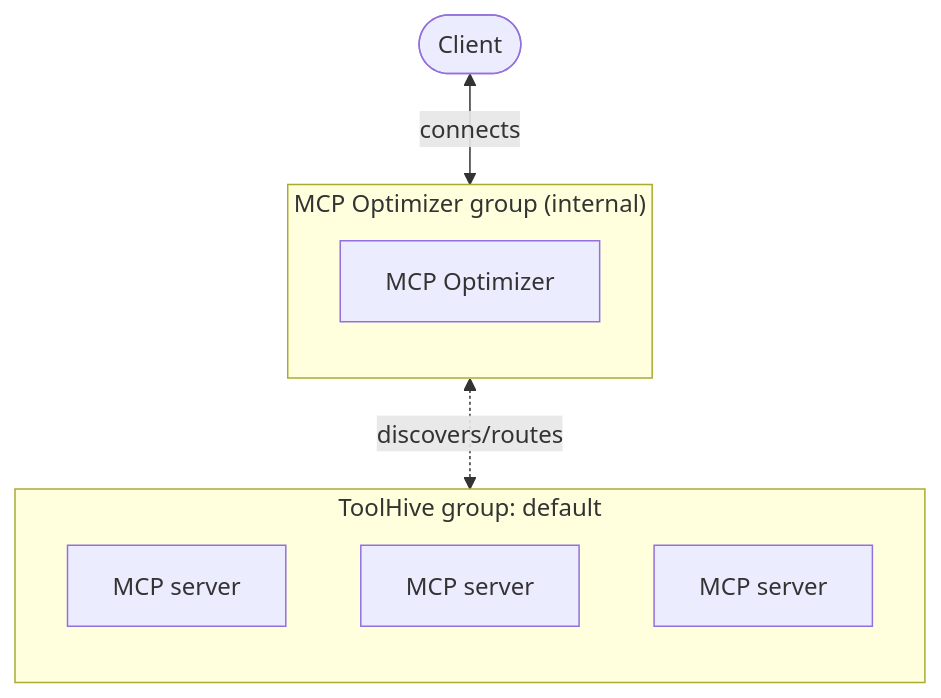
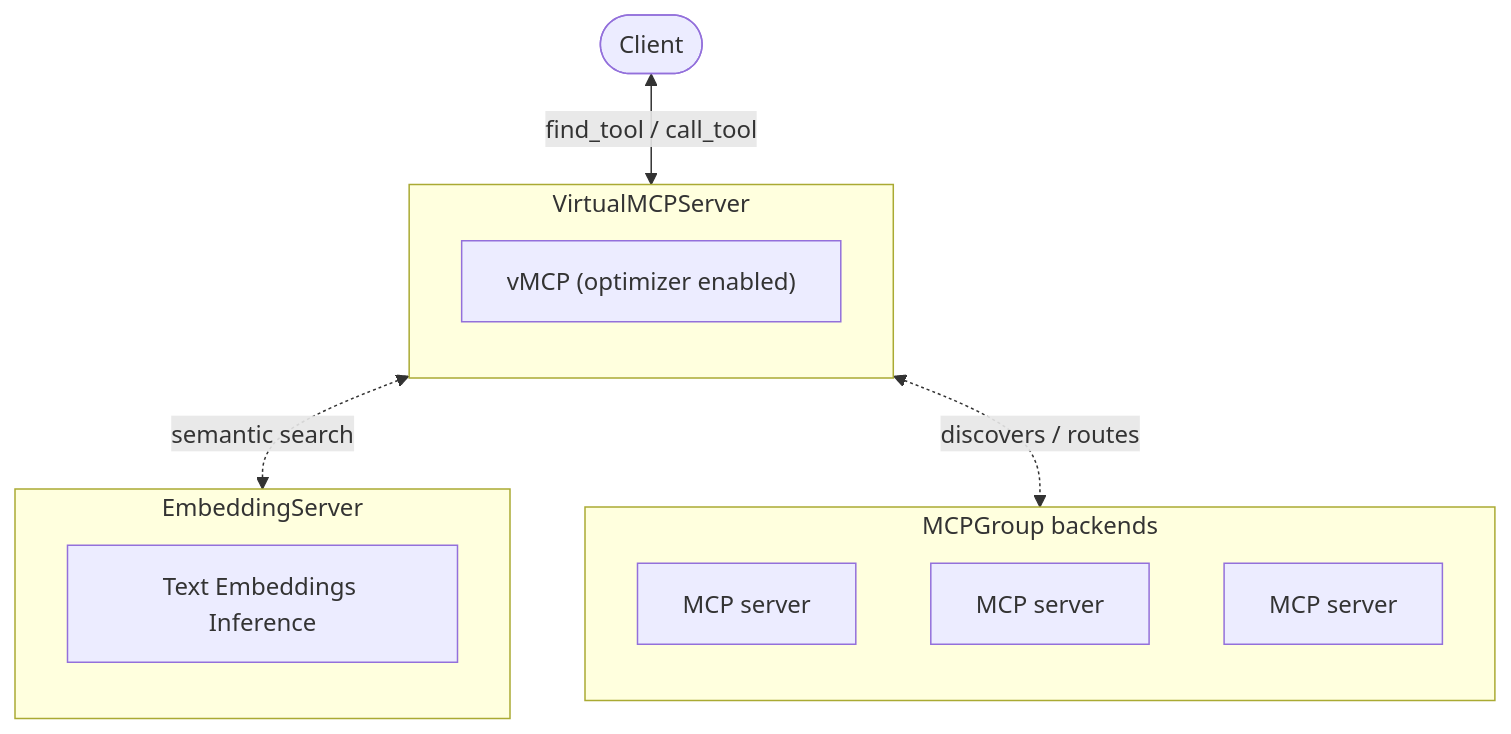
One commit to stacklok/docs-website changed the diagram in docs/toolhive/tutorials/mcp-optimizer.mdx. Above: the diagram before and after it, drawn with Mermaid. The commit also changed other lines of this file and 1 other file, not shown here.

First line of the commit message:
Update MCP Optimizer tutorial to use K8s/vMCP path (#718)

````diff
--- a/docs/toolhive/tutorials/mcp-optimizer.mdx
+++ b/docs/toolhive/tutorials/mcp-optimizer.mdx
@@ -57,16 +58,21 @@
 ```mermaid
 flowchart TB
-  subgraph optimizerGroup["MCP Optimizer group (internal)"]
+  subgraph vmcpGroup["VirtualMCPServer"]
     direction TB
-    optimizer["MCP Optimizer"]
+    vmcp["vMCP (optimizer enabled)"]
   end
-  subgraph target["ToolHive group: default"]
+  subgraph embedding["EmbeddingServer"]
+    direction TB
+    tei["Text Embeddings Inference"]
+  end
+  subgraph backends["MCPGroup backends"]
     direction TB
     mcp1["MCP server"]
     mcp2["MCP server"]
     mcp3["MCP server"]
   end
 
-  client(["Client"]) <-- connects --> optimizerGroup
-  optimizer <-. discovers/routes .-> target
+  client(["Client"]) <-- "find_tool / call_tool" --> vmcpGroup
+  vmcp <-. "semantic search" .-> embedding
+  vmcp <-. "discovers / routes" .-> backends
 ```
````
